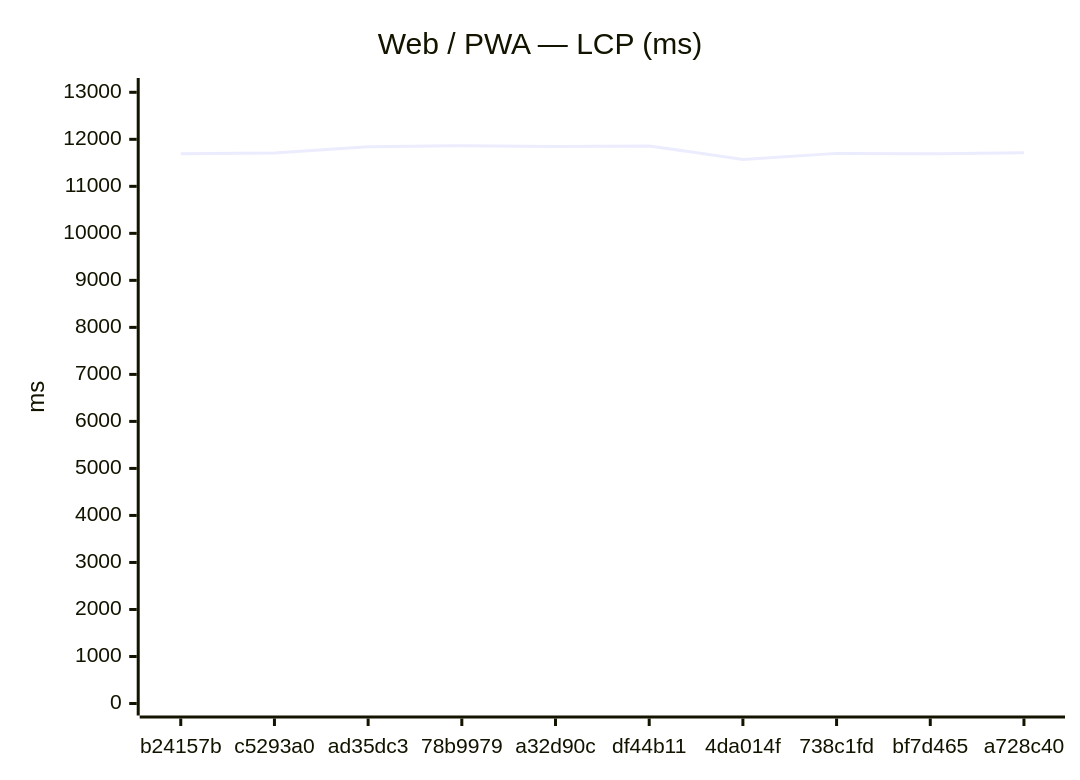
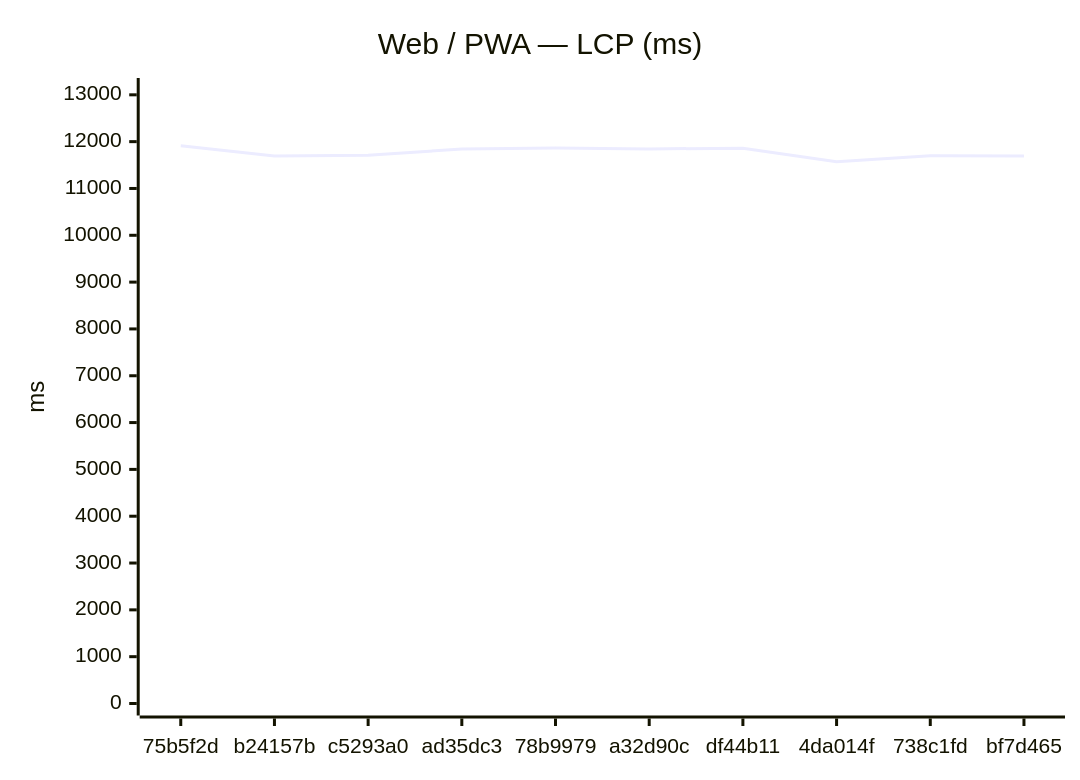
The first of 24 diagrams in benchmarks/compare.md (Metaheurist/Rianell), drawn with Mermaid before and after one commit. The commit also changed other lines of this file and 14 other files, not shown here.

````diff
--- a/benchmarks/compare.md
+++ b/benchmarks/compare.md
@@ -24,7 +24,7 @@
 ```mermaid
 xychart-beta
     title "Web / PWA — LCP (ms)"
-    x-axis ["b24157b", "c5293a0", "ad35dc3", "78b9979", "a32d90c", "df44b11", "4da014f", "738c1fd", "bf7d465", "a728c40"]
-    y-axis "ms" 0 --> 13049
-    line [11695, 11707, 11844, 11862, 11845, 11860, 11572, 11701, 11691, 11716]
+    x-axis ["75b5f2d", "b24157b", "c5293a0", "ad35dc3", "78b9979", "a32d90c", "df44b11", "4da014f", "738c1fd", "bf7d465"]
+    y-axis "ms" 0 --> 13103
+    line [11911, 11695, 11707, 11844, 11862, 11845, 11860, 11572, 11701, 11691]
 ```
````
